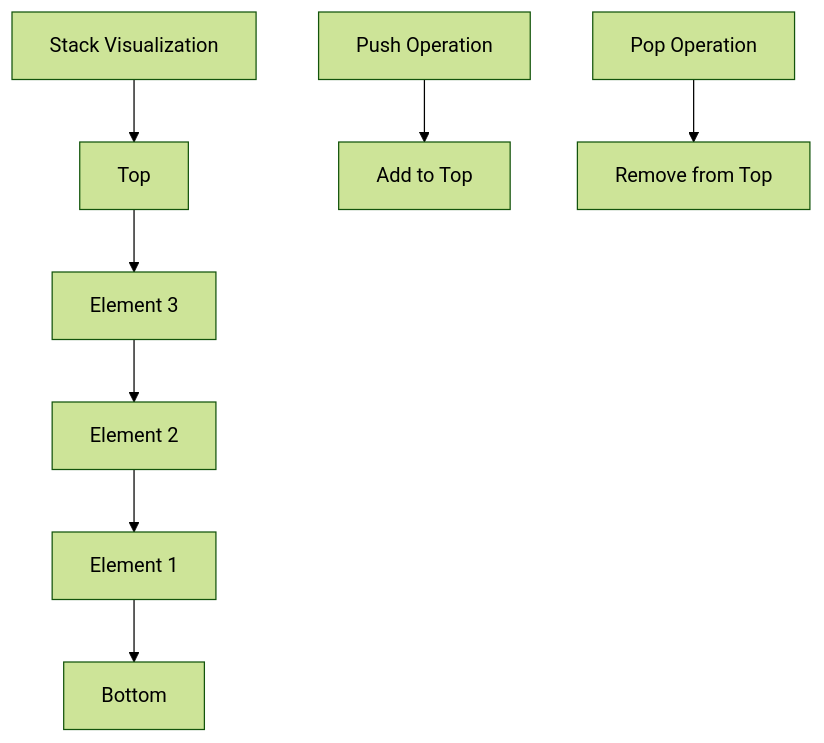
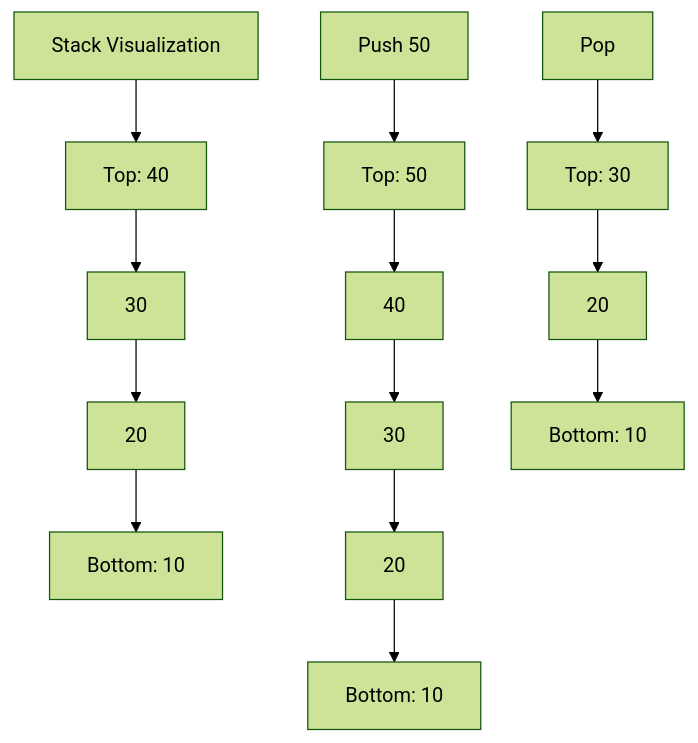
Before and after one commit to khieu-dv/vievlog: the first of 3 diagrams in src/content/soft-skills/dsa/bai-5.mdx, drawn with Mermaid (forest theme). The commit also changed other lines of this file and 8 other files, not shown here.

````diff
--- a/src/content/soft-skills/dsa/bai-5.mdx
+++ b/src/content/soft-skills/dsa/bai-5.mdx
@@ -21,11 +25,17 @@
 ```mermaid
 graph TD
-    A[Stack Visualization] --> B[Top]
-    B --> C[Element 3]
-    C --> D[Element 2]
-    D --> E[Element 1]
-    E --> F[Bottom]
-
-    G[Push Operation] --> H[Add to Top]
-    I[Pop Operation] --> J[Remove from Top]
+    A[Stack Visualization] --> B[Top: 40]
+    B --> C[30]
+    C --> D[20]
+    D --> E[Bottom: 10]
+    
+    F[Push 50] --> G[Top: 50]
+    G --> H[40]
+    H --> I[30]
+    I --> J[20]
+    J --> K[Bottom: 10]
+    
+    L[Pop] --> M[Top: 30]
+    M --> N[20]
+    N --> O[Bottom: 10]
 ```
````
